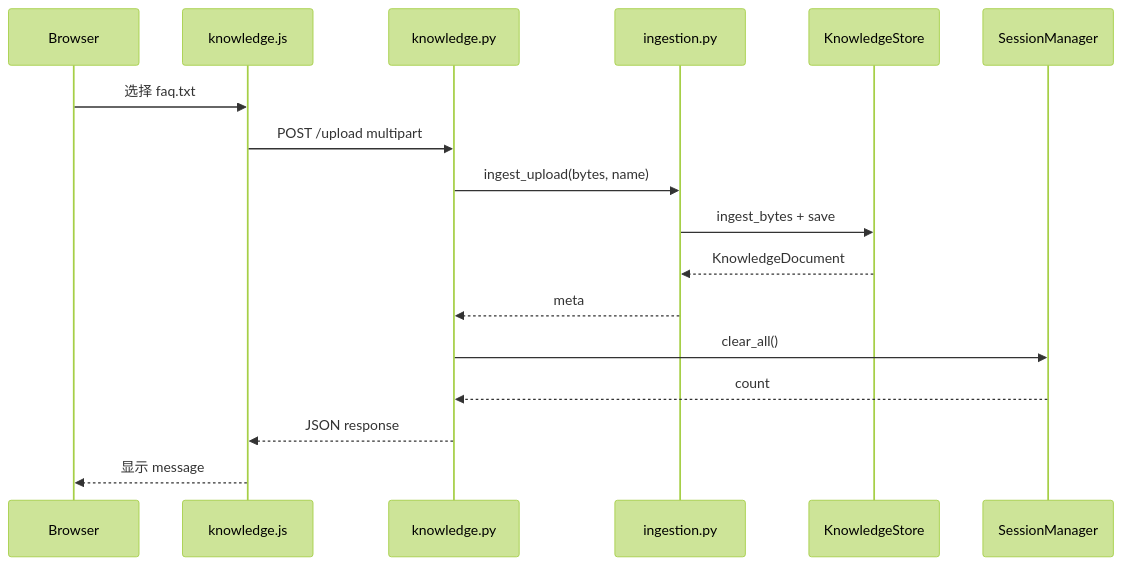
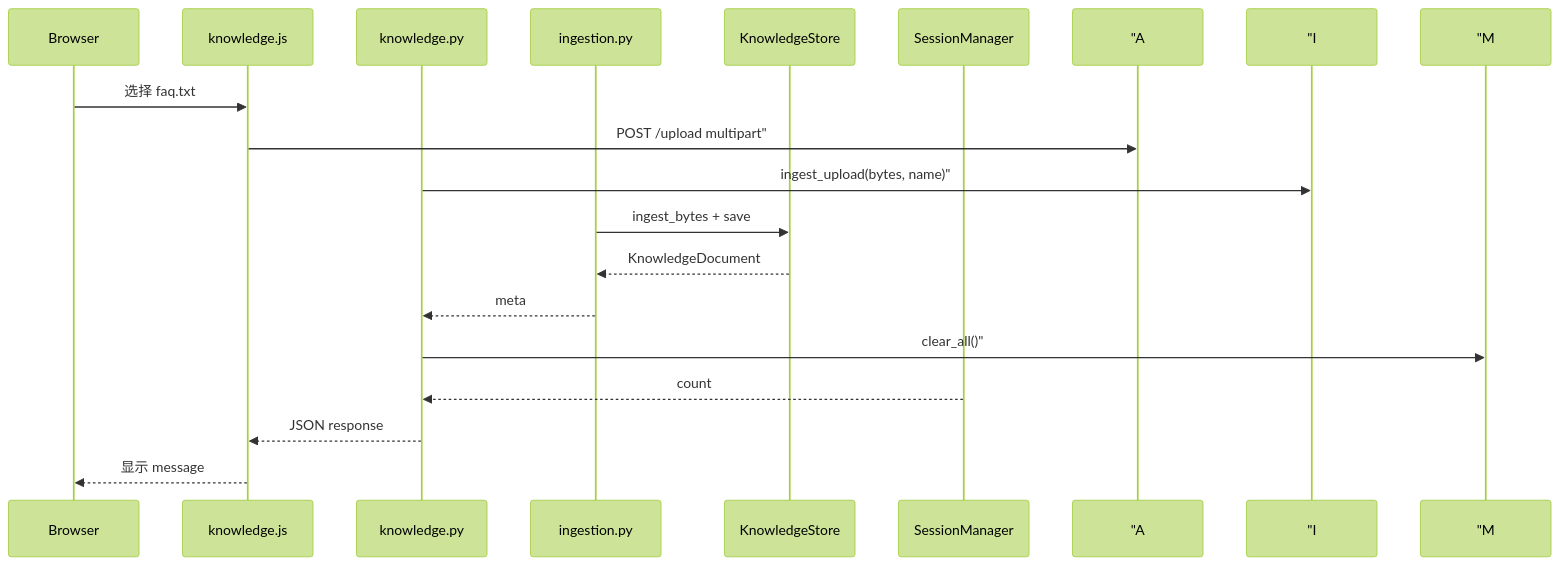
One commit to ab6539763/70_days_course_plus changed the first of 2 diagrams in course/day25/20_完整代码走查.md. Above: the diagram before and after it, drawn with Mermaid (forest theme). The commit also changed other lines of this file and 128 other files, not shown here.

First line of the commit message:
fix(course): repair day31-37 diagrams, titles, and missing content

````diff
--- a/course/day25/20_完整代码走查.md
+++ b/course/day25/20_完整代码走查.md
@@ -65,20 +65,20 @@
 ```mermaid
 sequenceDiagram
     participant B as Browser
     participant K as knowledge.js
     participant A as knowledge.py
     participant I as ingestion.py
     participant S as KnowledgeStore
     participant M as SessionManager
 
     B->>K: 选择 faq.txt
-    K->>A: POST /upload multipart
-    A->>I: ingest_upload(bytes, name)
+    K->> "A: POST /upload multipart"
+    A->> "I: ingest_upload(bytes, name)"
     I->>S: ingest_bytes + save
     S-->>I: KnowledgeDocument
     I-->>A: meta
-    A->>M: clear_all()
+    A->> "M: clear_all()"
     M-->>A: count
     A-->>K: JSON response
     K-->>B: 显示 message
 ```
````
